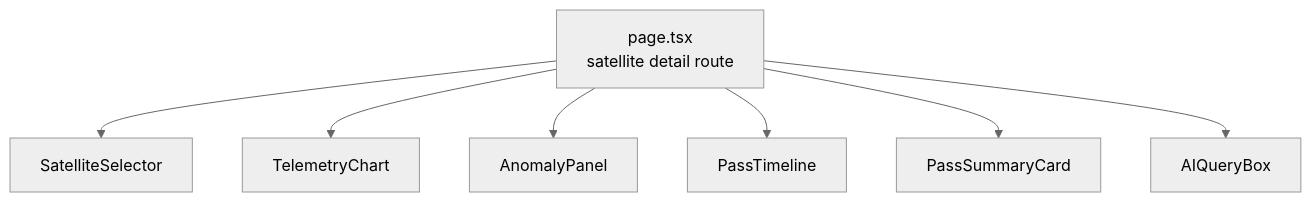
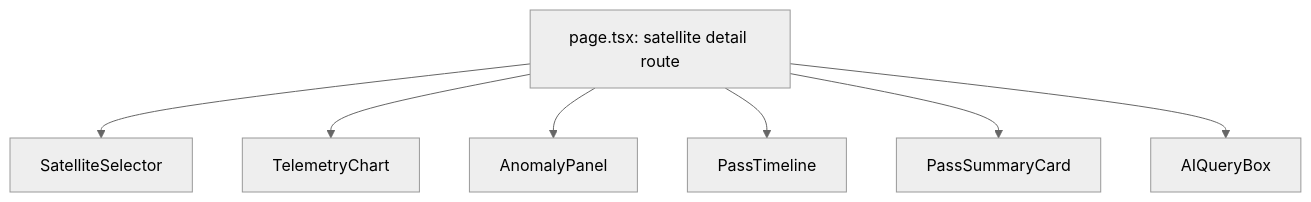
Before and after one commit to yoohooshantanu/Downlink: the eighth of 9 diagrams in README.md, drawn with Mermaid (neutral theme). The commit also changed other lines of this file, not shown here.

Commit message:
docs: use purely standard mermaid syntax to fix VS Code / Markdown preview compatibility

````diff
--- a/README.md
+++ b/README.md
@@ -494,17 +497,17 @@
 ```mermaid
-graph TD
-    Page["page.tsx<br/>satellite detail route"]
-    SS[SatelliteSelector]
-    TC[TelemetryChart]
-    AP[AnomalyPanel]
-    PT[PassTimeline]
-    PSC[PassSummaryCard]
-    AQ[AIQueryBox]
+flowchart TD
+    Page["page.tsx: satellite detail route"]
+    SS["SatelliteSelector"]
+    TC["TelemetryChart"]
+    AP["AnomalyPanel"]
+    PT["PassTimeline"]
+    PSC["PassSummaryCard"]
+    AQ["AIQueryBox"]
 
     Page --> SS
     Page --> TC
     Page --> AP
     Page --> PT
     Page --> PSC
     Page --> AQ
 ```
````
